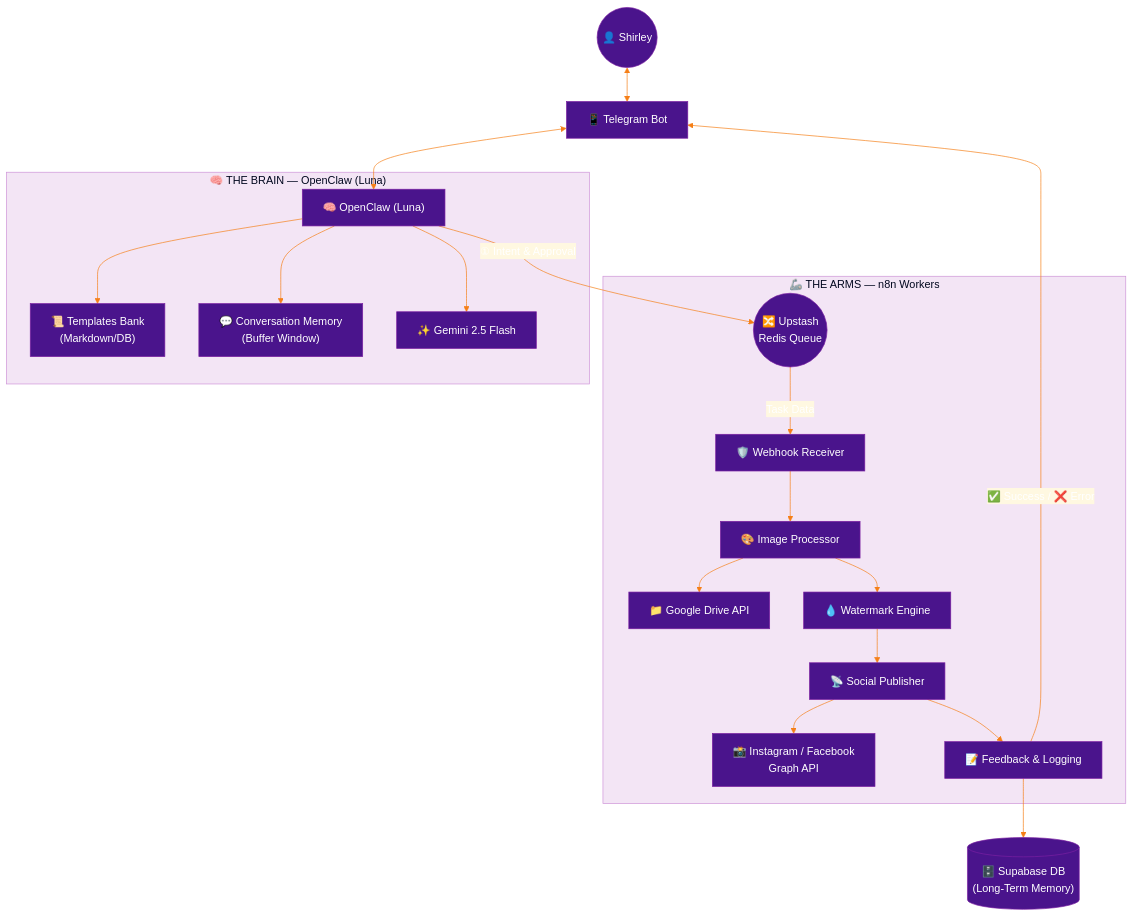
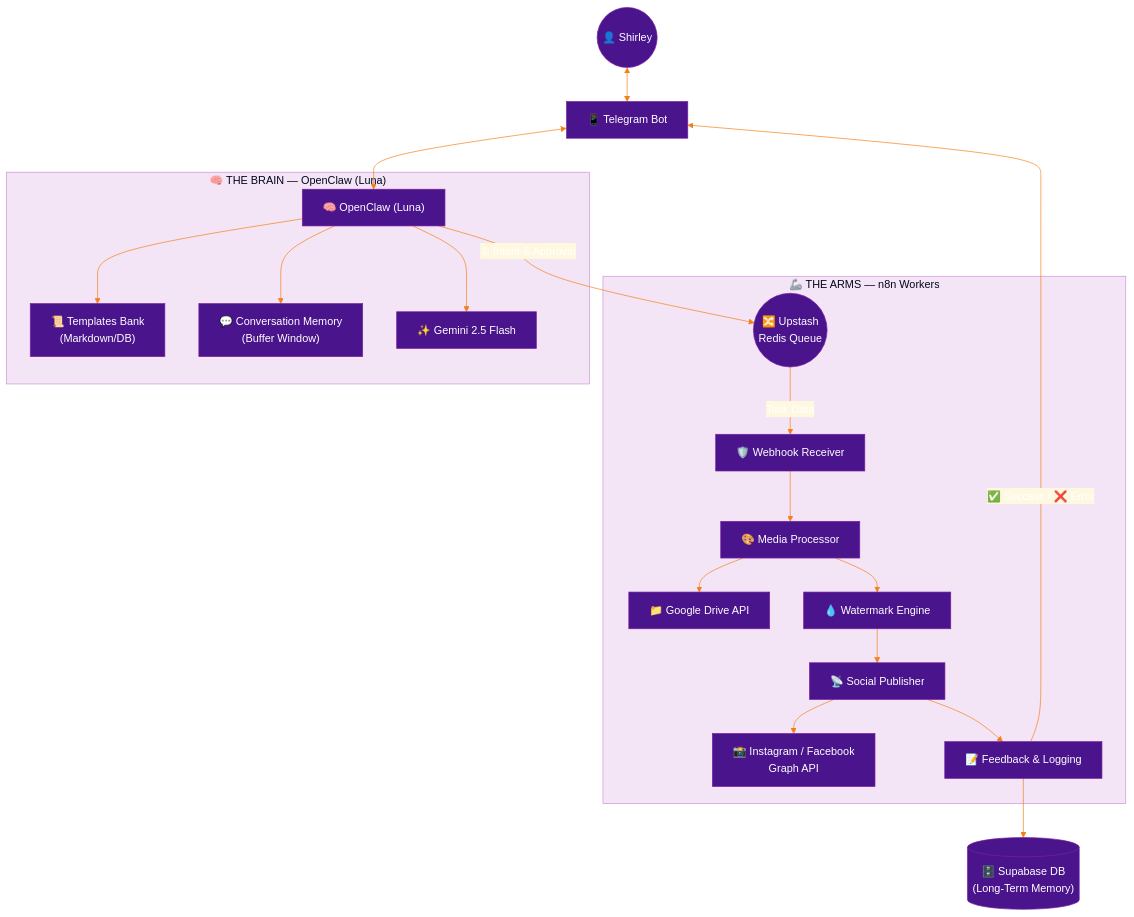
One commit to aleocampodev/LobsterMarketing changed the first of 3 diagrams in specs/architecture.md. Above: the diagram before and after it, drawn with Mermaid. The commit also changed other lines of this file and 2 other files, not shown here.

Commit message:
docs: rename to Media Processor, add explicit video support and daily heartbeat (v2.3)

````diff
--- a/specs/architecture.md
+++ b/specs/architecture.md
@@ -56,39 +57,39 @@
 ```mermaid
 %%{init: {'theme': 'base', 'themeVariables': {
   'primaryColor': '#4A148C',
   'primaryTextColor': '#fff',
   'primaryBorderColor': '#7B1FA2',
   'lineColor': '#F57F17',
   'secondaryColor': '#FFD54F',
   'tertiaryColor': '#FFF8E1',
   'mainBkg': '#4A148C',
   'nodeBorder': '#7B1FA2',
   'clusterBkg': '#F3E5F5',
   'clusterBorder': '#CE93D8',
   'edgeLabelBackground': '#FFF8E1'
 }}}%%
 graph TD
     User(("👤 Shirley")) <--> Telegram["📱 Telegram Bot"]
     Telegram <--> Brain["🧠 OpenClaw (Luna)"]
 
     subgraph BrainSub["🧠 THE BRAIN — OpenClaw (Luna)"]
         Brain --> Templates["📜 Templates Bank<br/>(Markdown/DB)"]
         Brain --> Memory["💬 Conversation Memory<br/>(Buffer Window)"]
         Brain --> LLM["✨ Gemini 2.5 Flash"]
     end
 
     Brain -- "① Intent & Approval" --> Redis(("🔀 Upstash<br/>Redis Queue"))
 
     subgraph ArmsSub["🦾 THE ARMS — n8n Workers"]
         Redis -- "Task Data" --> Receiver["🛡️ Webhook Receiver"]
-        Receiver --> IPW["🎨 Image Processor"]
-        IPW --> Drive["📁 Google Drive API"]
-        IPW --> Watermark["💧 Watermark Engine"]
+        Receiver --> MPW["🎨 Media Processor"]
+        MPW --> Drive["📁 Google Drive API"]
+        MPW --> Watermark["💧 Watermark Engine"]
         Watermark --> SPW["📡 Social Publisher"]
         SPW --> Meta["📸 Instagram / Facebook<br/>Graph API"]
         SPW --> FLW["📝 Feedback & Logging"]
     end
 
     FLW --> Supabase[("🗄️ Supabase DB<br/>(Long-Term Memory)")]
     FLW -- "✅ Success / ❌ Error" --> Telegram
 ```
````
